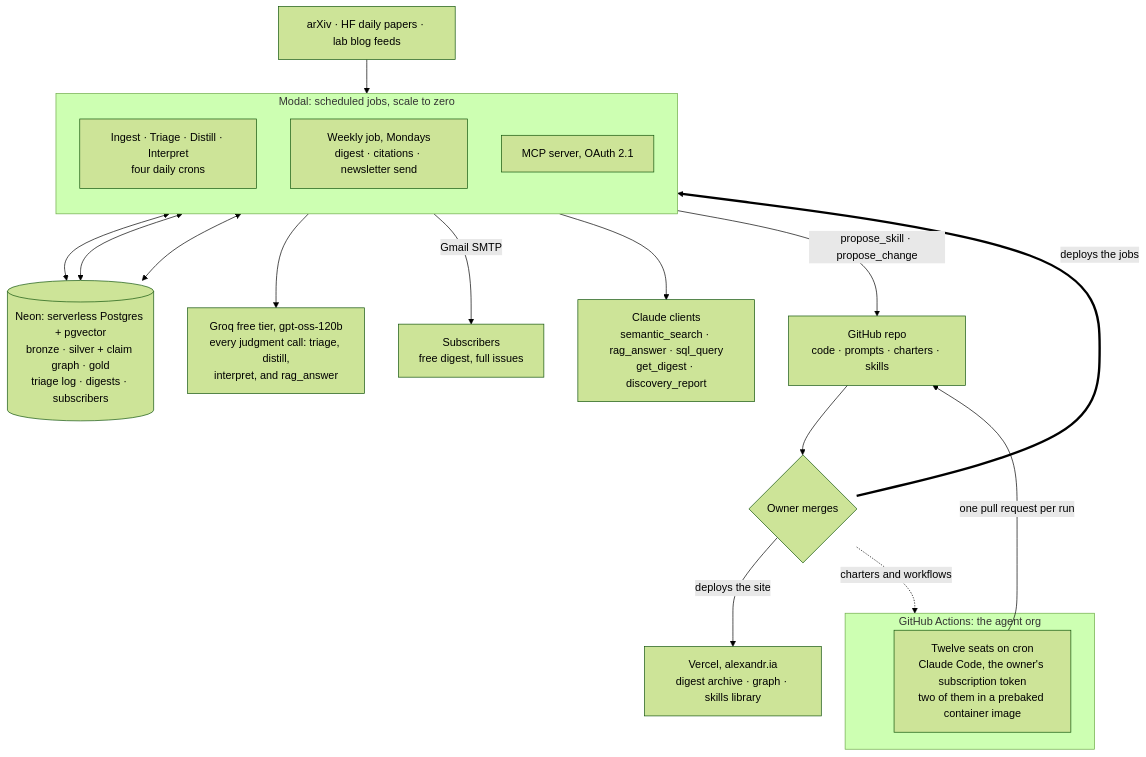
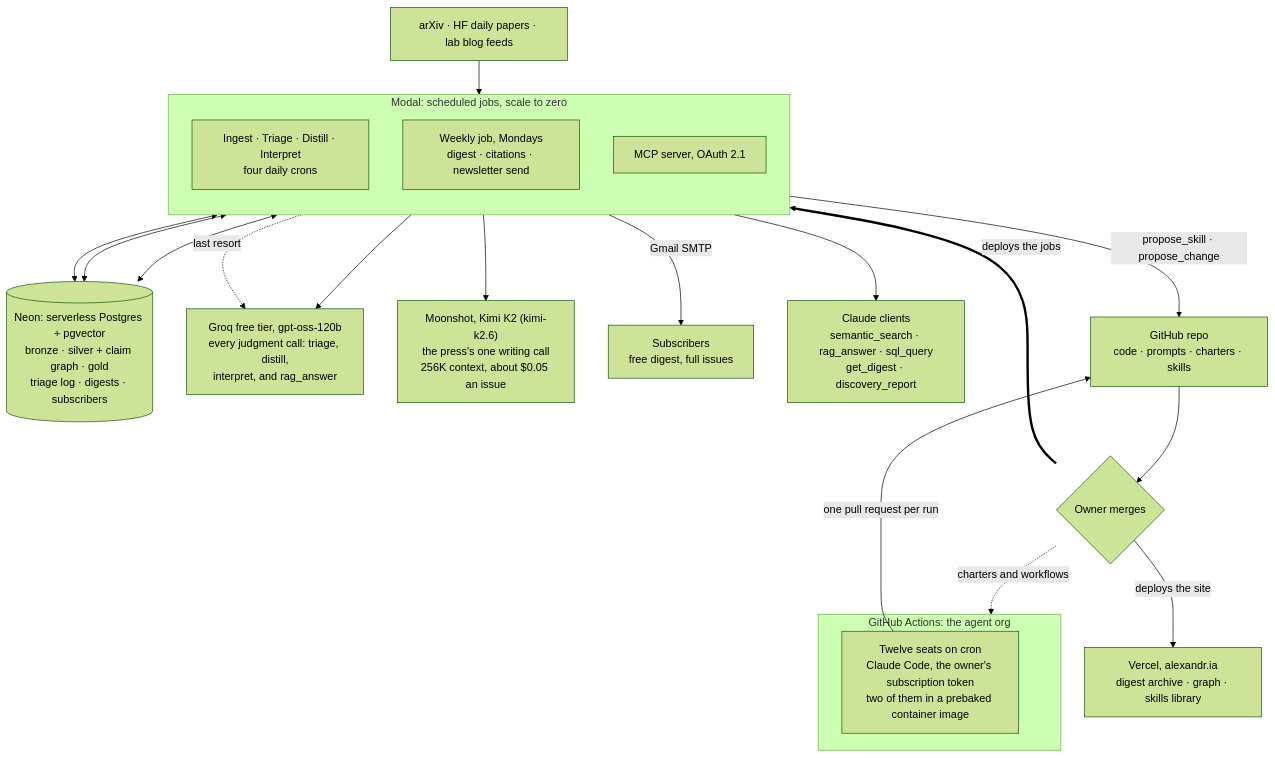
The second of 2 diagrams in README.md (alexandrapaiz/alexandria), drawn with Mermaid (forest theme) before and after one commit. The commit also changed other lines of this file and 1 other file, not shown here.

````diff
--- a/README.md
+++ b/README.md
@@ -142,31 +142,34 @@
 ```mermaid
 flowchart TB
     FEEDS["arXiv · HF daily papers · lab blog feeds"]
     NEON[("Neon: serverless Postgres + pgvector<br/>bronze · silver + claim graph · gold<br/>triage log · digests · subscribers")]
     GROQ["Groq free tier, gpt-oss-120b<br/>every judgment call: triage, distill,<br/>interpret, and rag_answer"]
+    KIMI["Moonshot, Kimi K2 (kimi-k2.6)<br/>the press's one writing call<br/>256K context, about $0.05 an issue"]
 
     subgraph MODAL["Modal: scheduled jobs, scale to zero"]
         direction TB
         DAILY["Ingest · Triage · Distill · Interpret<br/>four daily crons"]
         WK2["Weekly job, Mondays<br/>digest · citations · newsletter send"]
         MCP2["MCP server, OAuth 2.1"]
     end
 
     subgraph GHA["GitHub Actions: the agent org"]
         SEATS["Twelve seats on cron<br/>Claude Code, the owner's subscription token<br/>two of them in a prebaked container image"]
     end
 
     FEEDS --> DAILY
     DAILY <--> NEON
     WK2 <--> NEON
     MCP2 <--> NEON
     DAILY --> GROQ
+    WK2 --> KIMI
+    WK2 -.->|"last resort"| GROQ
     WK2 -->|"Gmail SMTP"| SUBS["Subscribers<br/>free digest, full issues"]
     MCP2 --> CLIENTS["Claude clients<br/>semantic_search · rag_answer · sql_query<br/>get_digest · discovery_report"]
     MCP2 -->|"propose_skill · propose_change"| GH
     SEATS -->|"one pull request per run"| GH["GitHub repo<br/>code · prompts · charters · skills"]
     GH --> OWNER{"Owner merges"}
     OWNER ==>|"deploys the jobs"| MODAL
     OWNER -->|"deploys the site"| SITE["Vercel, alexandr.ia<br/>digest archive · graph · skills library"]
     OWNER -.->|"charters and workflows"| GHA
 ```
````
